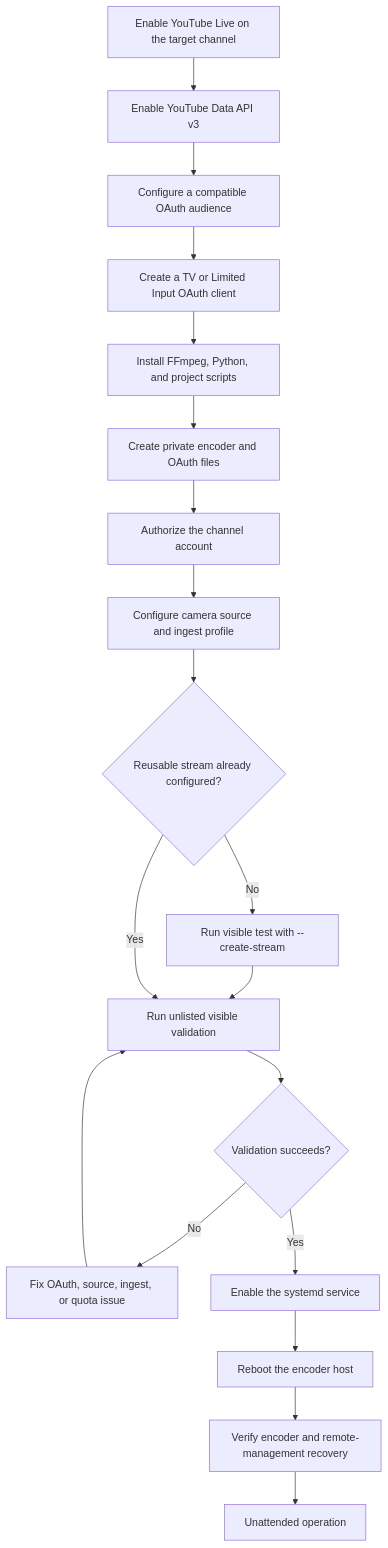
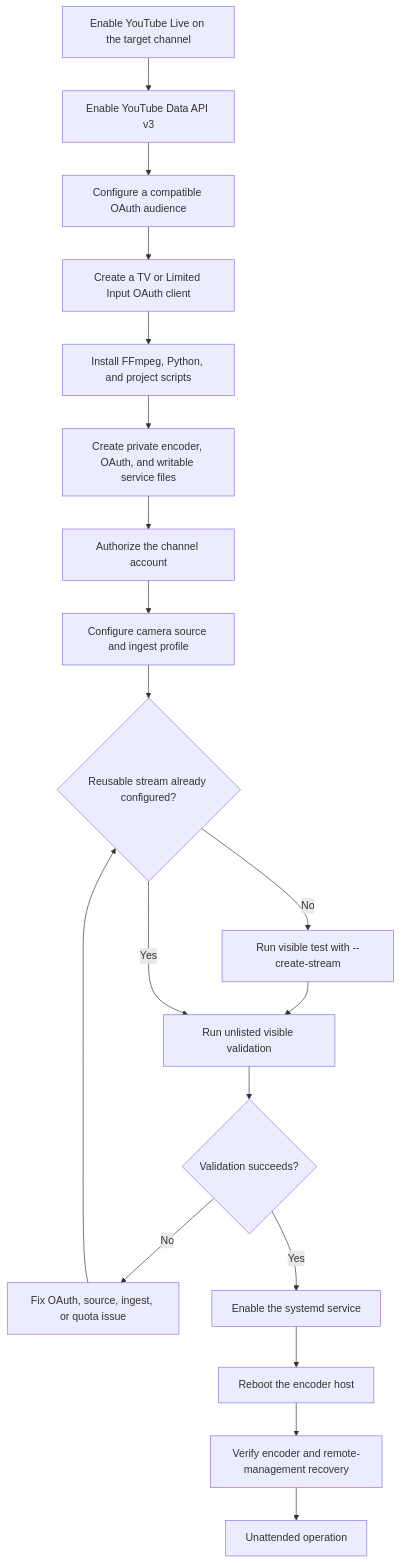
The third of 3 diagrams in README.md (sumitake/YouTube-AutoEncoder), drawn with Mermaid before and after one commit. The commit also changed other lines of this file and 2 other files, not shown here.

Commit message:
docs: address deployment review feedback

````diff
--- a/README.md
+++ b/README.md
@@ -203,39 +203,39 @@
 ```mermaid
 flowchart TD
     DeploymentChannel["Enable YouTube Live on the target channel"]
     DeploymentProject["Enable YouTube Data API v3"]
     DeploymentAudience["Configure a compatible OAuth audience"]
     DeploymentClient["Create a TV or Limited Input OAuth client"]
     DeploymentRuntime["Install FFmpeg, Python, and project scripts"]
-    DeploymentConfig["Create private encoder and OAuth files"]
+    DeploymentConfig["Create private encoder, OAuth, and writable service files"]
     DeploymentAuthorize["Authorize the channel account"]
     DeploymentCamera["Configure camera source and ingest profile"]
     DeploymentStreamDecision{"Reusable stream already configured?"}
     DeploymentProvision["Run visible test with --create-stream"]
     DeploymentValidate["Run unlisted visible validation"]
     DeploymentValidationDecision{"Validation succeeds?"}
     DeploymentDiagnose["Fix OAuth, source, ingest, or quota issue"]
     DeploymentEnable["Enable the systemd service"]
     DeploymentReboot["Reboot the encoder host"]
     DeploymentVerify["Verify encoder and remote-management recovery"]
     DeploymentOperate["Unattended operation"]
 
     DeploymentChannel --> DeploymentProject
     DeploymentProject --> DeploymentAudience
     DeploymentAudience --> DeploymentClient
     DeploymentClient --> DeploymentRuntime
     DeploymentRuntime --> DeploymentConfig
     DeploymentConfig --> DeploymentAuthorize
     DeploymentAuthorize --> DeploymentCamera
     DeploymentCamera --> DeploymentStreamDecision
     DeploymentStreamDecision -->|"No"| DeploymentProvision
     DeploymentProvision --> DeploymentValidate
     DeploymentStreamDecision -->|"Yes"| DeploymentValidate
     DeploymentValidate --> DeploymentValidationDecision
     DeploymentValidationDecision -->|"No"| DeploymentDiagnose
-    DeploymentDiagnose --> DeploymentValidate
+    DeploymentDiagnose --> DeploymentStreamDecision
     DeploymentValidationDecision -->|"Yes"| DeploymentEnable
     DeploymentEnable --> DeploymentReboot
     DeploymentReboot --> DeploymentVerify
     DeploymentVerify --> DeploymentOperate
 ```
````
